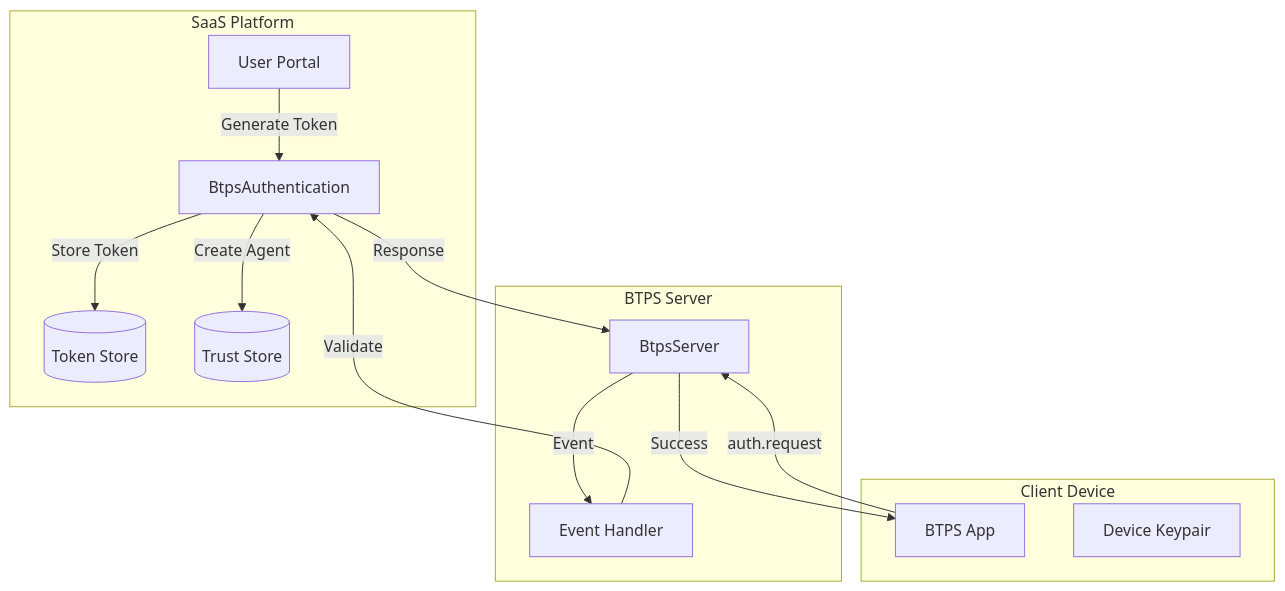
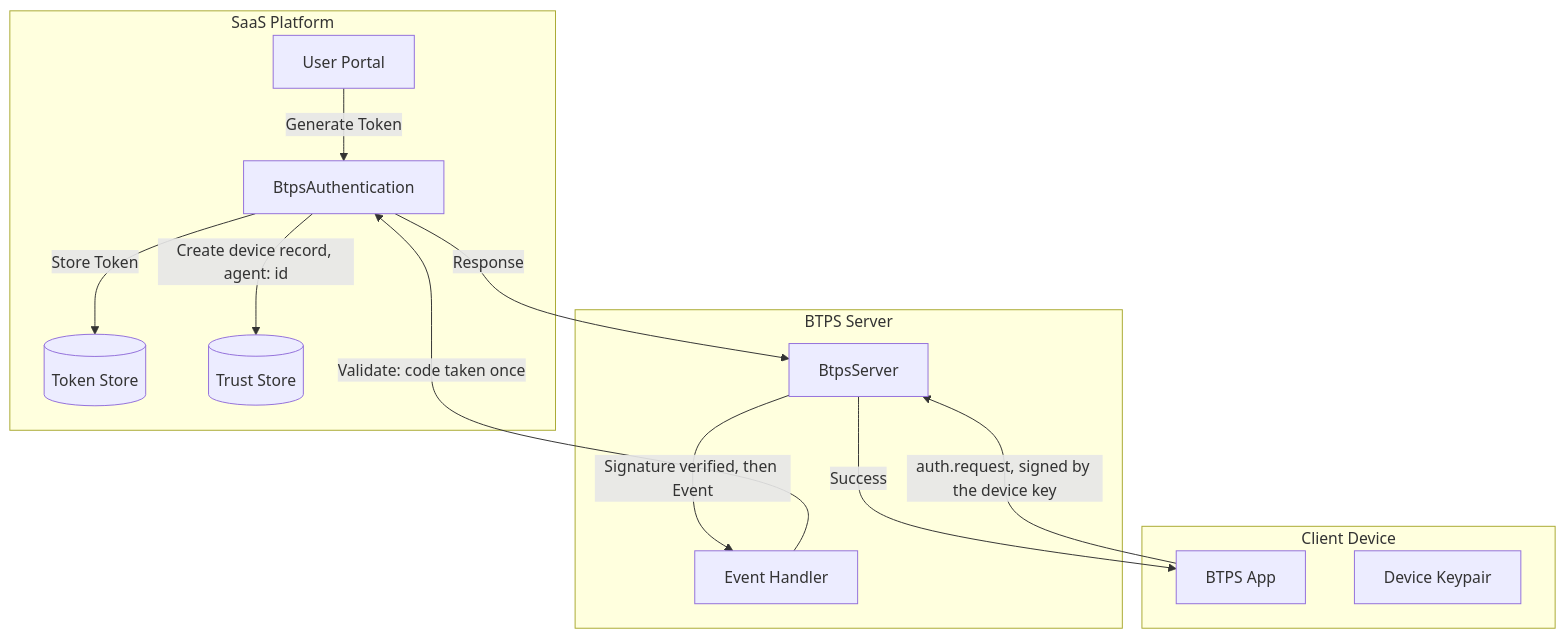
Before and after one commit to openbtps/btps-node: the first of 3 diagrams in docs/docusaurus/docs/protocol/authentication/overview.md, drawn with Mermaid. The commit also changed other lines of this file and 26 other files, not shown here.

First line of the commit message:
Docs: bring every diagram in line with 1.1

````diff
--- a/docs/docusaurus/docs/protocol/authentication/overview.md
+++ b/docs/docusaurus/docs/protocol/authentication/overview.md
@@ -30,28 +30,28 @@
 ```mermaid
 graph TB
     subgraph "SaaS Platform"
         Portal[User Portal]
         AuthService[BtpsAuthentication]
         TokenStore[(Token Store)]
         TrustStore[(Trust Store)]
     end
     
     subgraph "BTPS Server"
         BtpsServer[BtpsServer]
         EventHandler[Event Handler]
     end
     
     subgraph "Client Device"
         BtpsApp[BTPS App]
         KeyPair[Device Keypair]
     end
     
     Portal -->|Generate Token| AuthService
     AuthService -->|Store Token| TokenStore
-    BtpsApp -->|auth.request| BtpsServer
-    BtpsServer -->|Event| EventHandler
-    EventHandler -->|Validate| AuthService
-    AuthService -->|Create Agent| TrustStore
+    BtpsApp -->|auth.request, signed by the device key| BtpsServer
+    BtpsServer -->|Signature verified, then Event| EventHandler
+    EventHandler -->|Validate: code taken once| AuthService
+    AuthService -->|Create device record, agent: id| TrustStore
     AuthService -->|Response| BtpsServer
     BtpsServer -->|Success| BtpsApp
 ```
````
